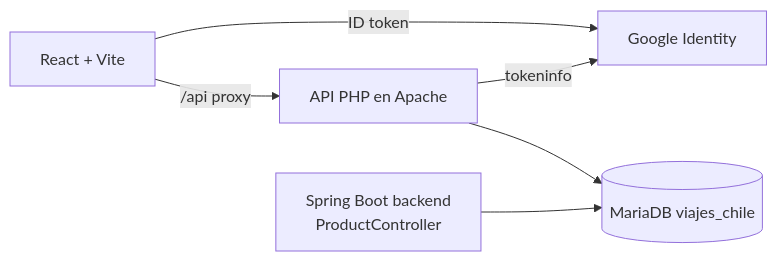
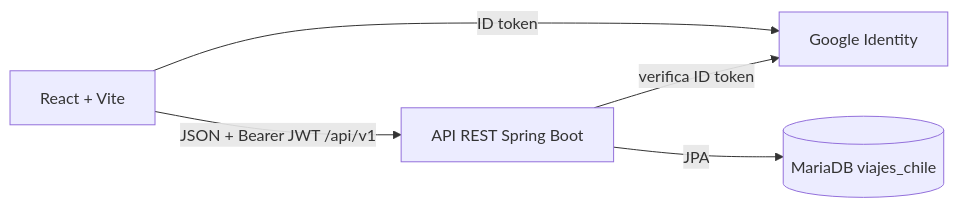
One commit to guillemoulloa53636/Evaluacion-1 changed the first of 2 diagrams in docs/diagrama-apis.md. Above: the diagram before and after it, drawn with Mermaid. The commit also changed other lines of this file and 83 other files, not shown here.

````diff
--- a/docs/diagrama-apis.md
+++ b/docs/diagrama-apis.md
@@ -9,8 +5,7 @@
 ```mermaid
 flowchart LR
-  UI[React + Vite] -->|/api proxy| API[API PHP en Apache]
+  UI[React + Vite] -->|JSON + Bearer JWT /api/v1| API[API REST Spring Boot]
   UI -->|ID token| G[Google Identity]
-  API -->|tokeninfo| G
-  API --> DB[(MariaDB viajes_chile)]
-  JAVA[Spring Boot backend<br/>ProductController] --> DB
+  API -->|verifica ID token| G
+  API -->|JPA| DB[(MariaDB viajes_chile)]
 ```
````
